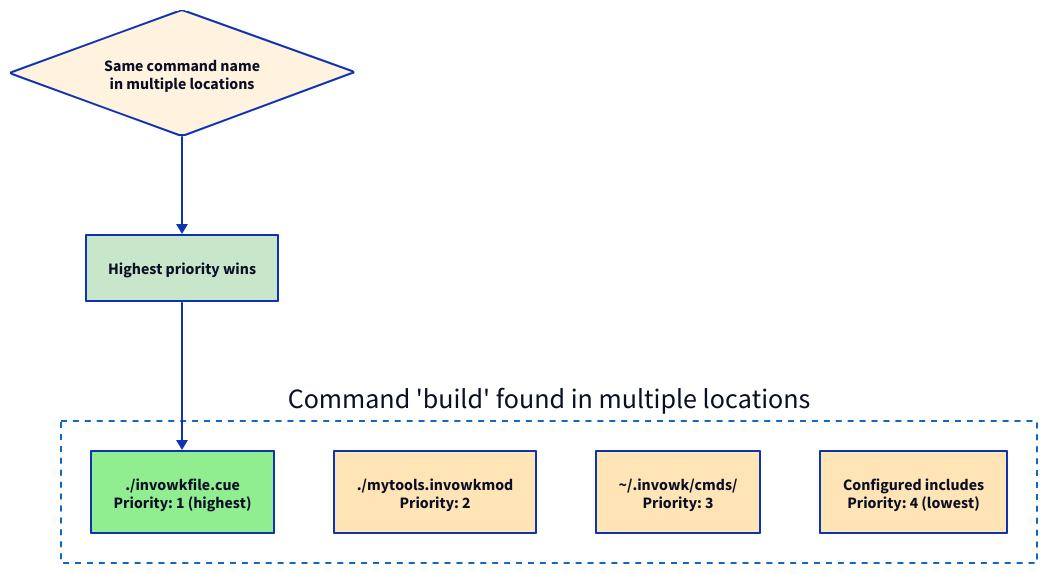
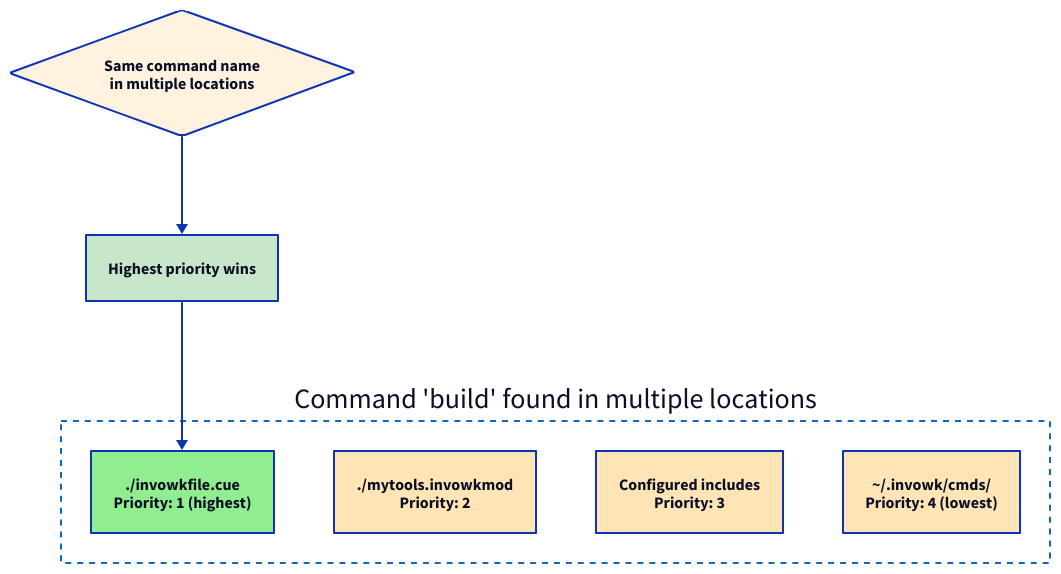
The diagram in docs/diagrams/flowcharts/discovery-conflict.d2 (invowk/invowk), drawn with D2 before and after one commit. The commit also changed 4 other files, not shown here. The source asks for the TALA layout; these drawings use dagre instead.

First line of the commit message:
fix(docs): correct discovery precedence order in diagrams

```diff
--- a/docs/diagrams/flowcharts/discovery-conflict.d2
+++ b/docs/diagrams/flowcharts/discovery-conflict.d2
@@ -1,59 +1,59 @@
 # Discovery Conflict Resolution Flowchart
 #
 # Shows how Invowk resolves conflicts when the same command
 # name exists in multiple discovery locations.
 # Key principle: Highest priority wins.
 #
 # Source: docs/architecture/flowchart-discovery.md
 
 vars: {
   d2-config: {
     layout-engine: tala
   }
 }
 
 direction: down
 
 # ==============================================================================
 # Command Found in Multiple Locations
 # ==============================================================================
 
 locations: Command 'build' found in multiple locations {
   style: {
     stroke: "#1168BD"
     stroke-dash: 3
     fill: transparent
   }
 
   L1: ./invowkfile.cue\nPriority: 1 (highest) {
     style.fill: "#90EE90"
   }
 
   L2: ./mytools.invowkmod\nPriority: 2 {
     style.fill: "#FFE4B5"
   }
 
-  L3: ~/.invowk/cmds/\nPriority: 3 {
+  L3: Configured includes\nPriority: 3 {
     style.fill: "#FFE4B5"
   }
 
-  L4: Configured includes\nPriority: 4 (lowest) {
+  L4: ~/.invowk/cmds/\nPriority: 4 (lowest) {
     style.fill: "#FFE4B5"
   }
 }
 
 # ==============================================================================
 # Resolution
 # ==============================================================================
 
 Conflict: Same command name\nin multiple locations {
   shape: diamond
   style.fill: "#FFF3E0"
 }
 
 Winner: Highest priority wins {
   style.fill: "#C8E6C9"
 }
 
 Conflict -> Winner
 Winner -> locations.L1
```
